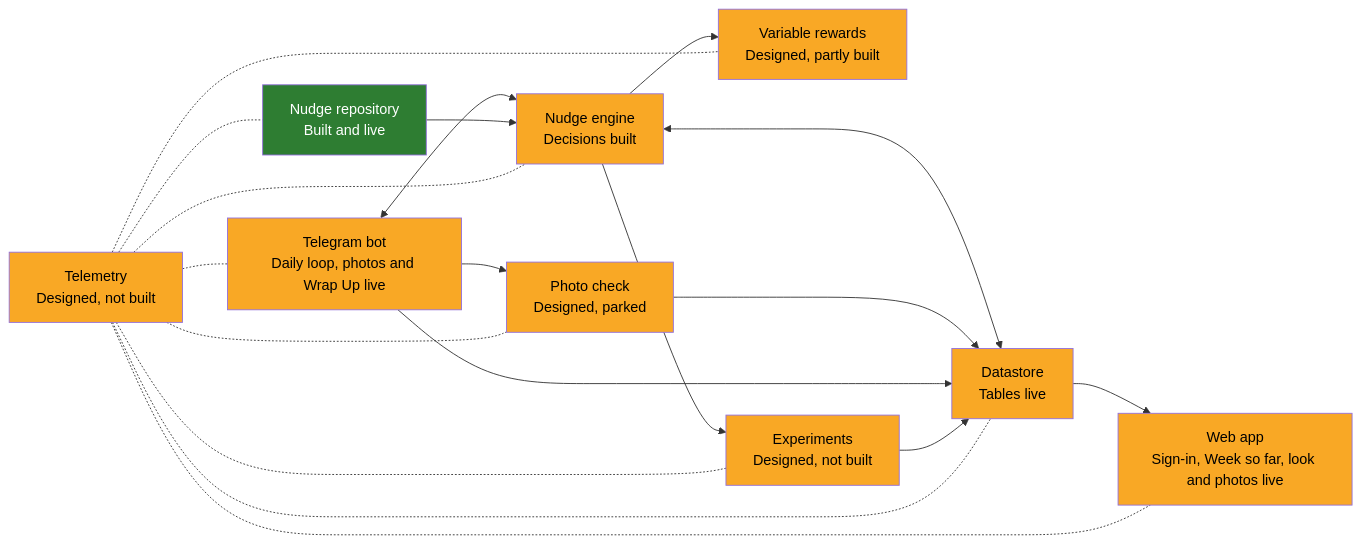
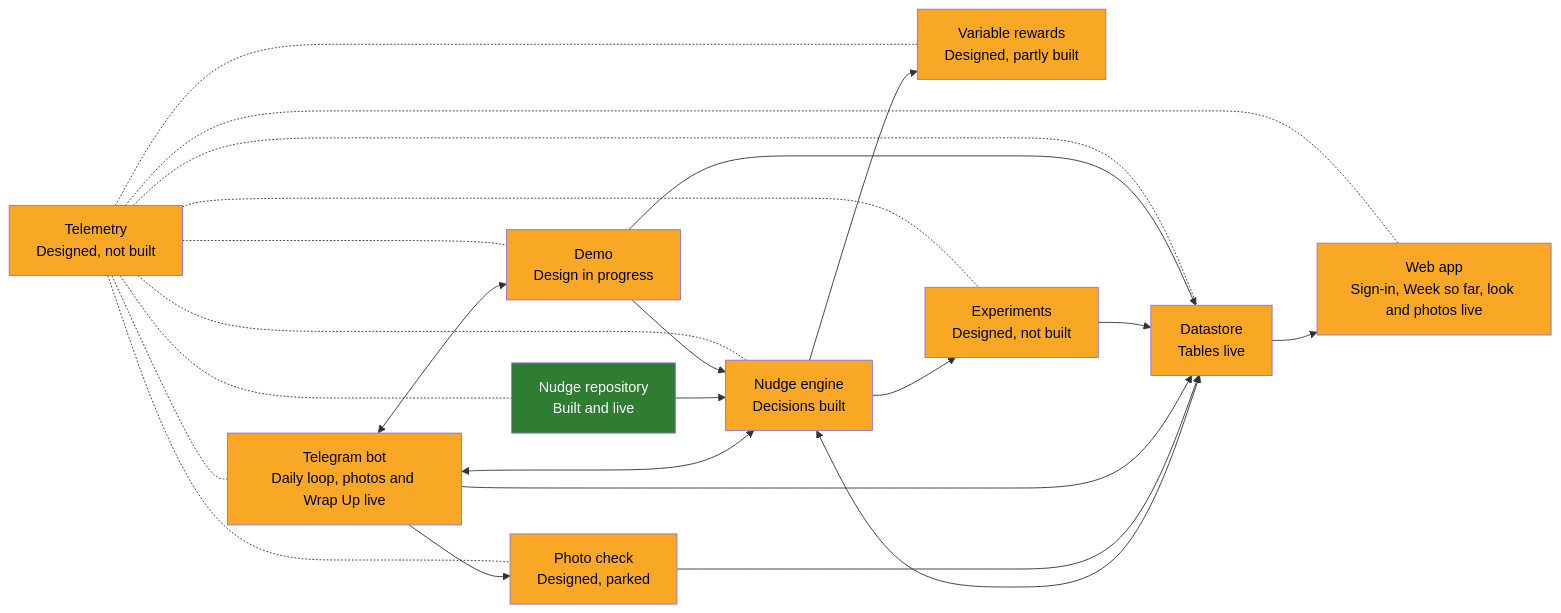
One commit to WeiLieh/FamilyHabitBuilder changed the diagram in docs/ARCHITECTURE.md. Above: the diagram before and after it, drawn with Mermaid. The commit also changed other lines of this file and 2 other files, not shown here.

Commit message:
New module Demo: spec, Module table row and diagram box (rules 12.1 to 12.7, owner 24 Nov)
Designed, not built. Owner answers Q1 to Q14 recorded in src/demo/SPEC.md.

Claude-Session: https://claude.ai/code/session_0111Kk9pzTUbYKWG6dHiNBfk

````diff
--- a/docs/ARCHITECTURE.md
+++ b/docs/ARCHITECTURE.md
@@ -5,35 +5,40 @@
 ```mermaid
 flowchart LR
     telegram["Telegram bot<br/>Daily loop, photos and Wrap Up live"]:::part
     engine["Nudge engine<br/>Decisions built"]:::part
     repository["Nudge repository<br/>Built and live"]:::done
     photo["Photo check<br/>Designed, parked"]:::part
     rewards["Variable rewards<br/>Designed, partly built"]:::part
     datastore["Datastore<br/>Tables live"]:::part
     webapp["Web app<br/>Sign-in, Week so far, look and photos live"]:::part
     telemetry["Telemetry<br/>Designed, not built"]:::part
     experiments["Experiments<br/>Designed, not built"]:::part
+    demo["Demo<br/>Design in progress"]:::part
 
     telegram <--> engine
     repository --> engine
     engine --> rewards
     engine <--> datastore
     telegram --> photo
     photo --> datastore
     telegram --> datastore
     datastore --> webapp
     engine --> experiments
     experiments --> datastore
+    telegram <--> demo
+    demo --> engine
+    demo --> datastore
     telemetry -.- telegram
     telemetry -.- engine
     telemetry -.- repository
     telemetry -.- photo
     telemetry -.- rewards
     telemetry -.- datastore
     telemetry -.- webapp
     telemetry -.- experiments
+    telemetry -.- demo
 
     classDef done fill:#2e7d32,color:#ffffff
     classDef part fill:#f9a825,color:#000000
     classDef todo fill:#9e9e9e,color:#000000
 ```
````
